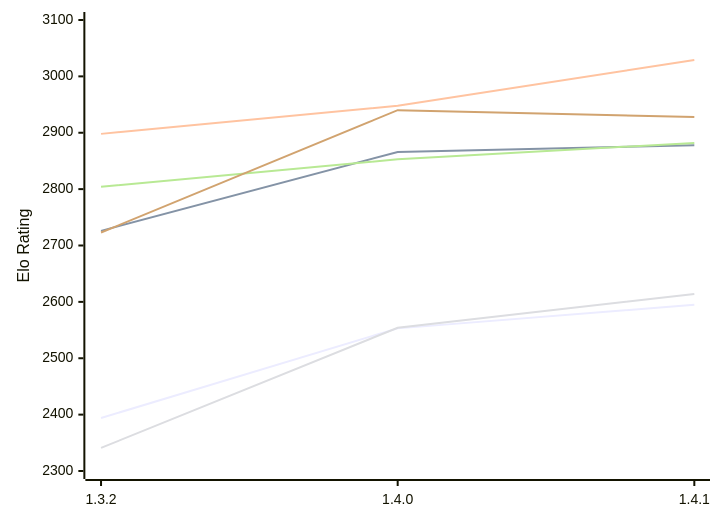
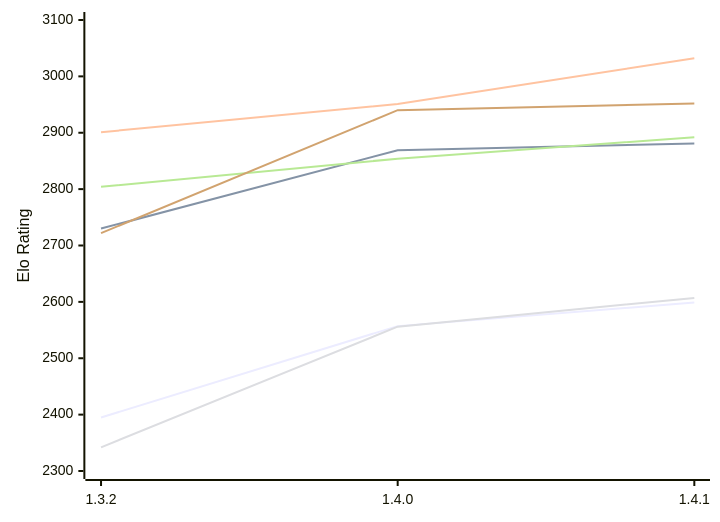
One commit to computer-chess-index/cci changed the diagram in engines/Maharajah.md. Above: the diagram before and after it, drawn with Mermaid. The commit also changed other lines of this file, not shown here.

Commit message:
Update CCI Ratings (ELO VLTC) - 2026-11-22

````diff
--- a/engines/Maharajah.md
+++ b/engines/Maharajah.md
@@ -51,12 +51,12 @@
 ```mermaid
 %%{init: {"theme":"base","themeVariables":{"seriesColors:['#a3a3a3','#222221','#faa371']}}}%%
 xychart-beta
   x-axis ["1.3.2", "1.4.0", "1.4.1"]
   y-axis "Elo Rating" 2300 --> 3100
-  line "E1: STC (8.0+0.08s)" [2394, 2553, 2595]
-  line "E1: LTC (60.0+0.60s)" [2726, 2866, 2878]
-  line "E1: VLTC (2m24s+1.12s)" [2898, 2948, 3029]
-  line "P1: STC (8.0+0.08s)" [2341, 2554, 2614]
-  line "P1: LTC (60.0+0.60s)" [2804, 2853, 2882]
-  line "P1: VLTC (2m24s+1.12s)" [2723, 2940, 2928]
+  line "E1: STC (8.0+0.08s)" [2395, 2557, 2599]
+  line "E1: LTC (60.0+0.60s)" [2730, 2869, 2881]
+  line "E1: VLTC (2m24s+1.12s)" [2901, 2951, 3032]
+  line "P1: STC (8.0+0.08s)" [2342, 2556, 2607]
+  line "P1: LTC (60.0+0.60s)" [2804, 2854, 2892]
+  line "P1: VLTC (2m24s+1.12s)" [2722, 2940, 2952]
 ```
````
